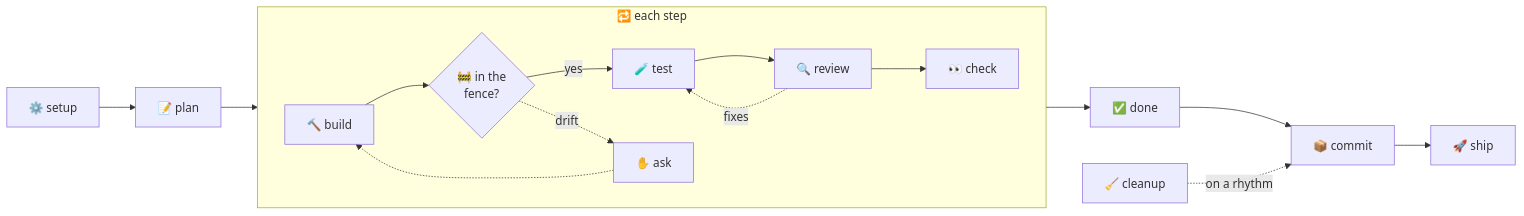
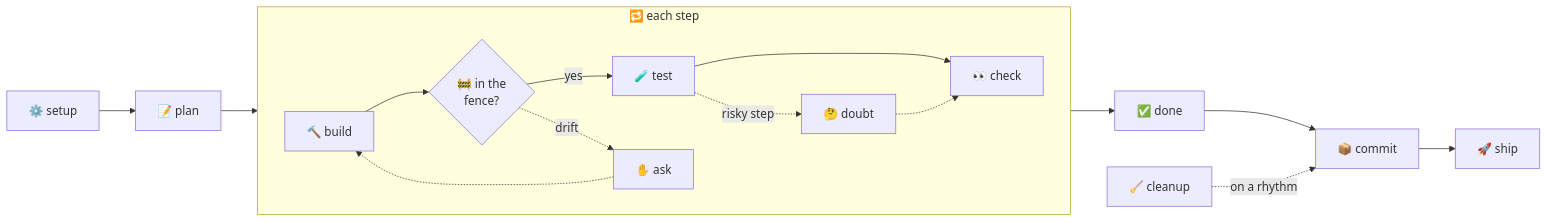
Before and after one commit to l3lackcurtains/jod: the diagram in README.md, drawn with Mermaid. The commit also changed other lines of this file and 39 other files, not shown here.

First line of the commit message:
feat: v1.11, faster task loop (review once in commit, doubt pass on risky steps), specialist agents, no unasked files

````diff
--- a/README.md
+++ b/README.md
@@ -88,13 +88,13 @@
 ```mermaid
 flowchart LR
     subgraph each ["🔁 each step"]
         direction LR
         B["🔨 build"] --> C{"🚧 in the<br/>fence?"}
-        C -- yes --> T["🧪 test"] --> R["🔍 review"] --> K["👀 check"]
+        C -- yes --> T["🧪 test"] --> K["👀 check"]
         C -. drift .-> Q["✋ ask"] -.-> B
-        R -. fixes .-> T
+        T -. risky step .-> R["🤔 doubt"] -.-> K
     end
     S["⚙️ setup"] --> P["📝 plan"] --> B
     K --> D["✅ done"] --> CM["📦 commit"] --> SH["🚀 ship"]
     CL["🧹 cleanup"] -. on a rhythm .-> CM
 ```
````
